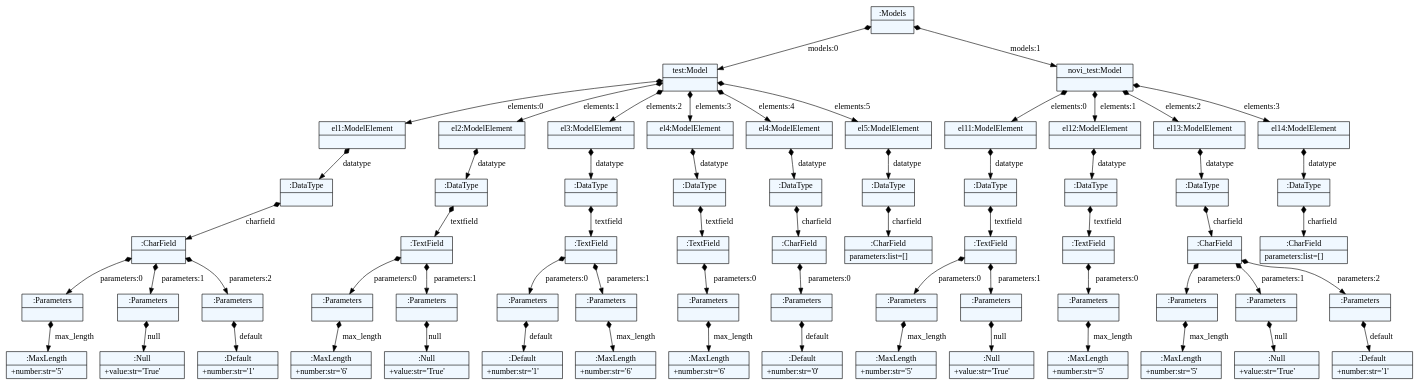
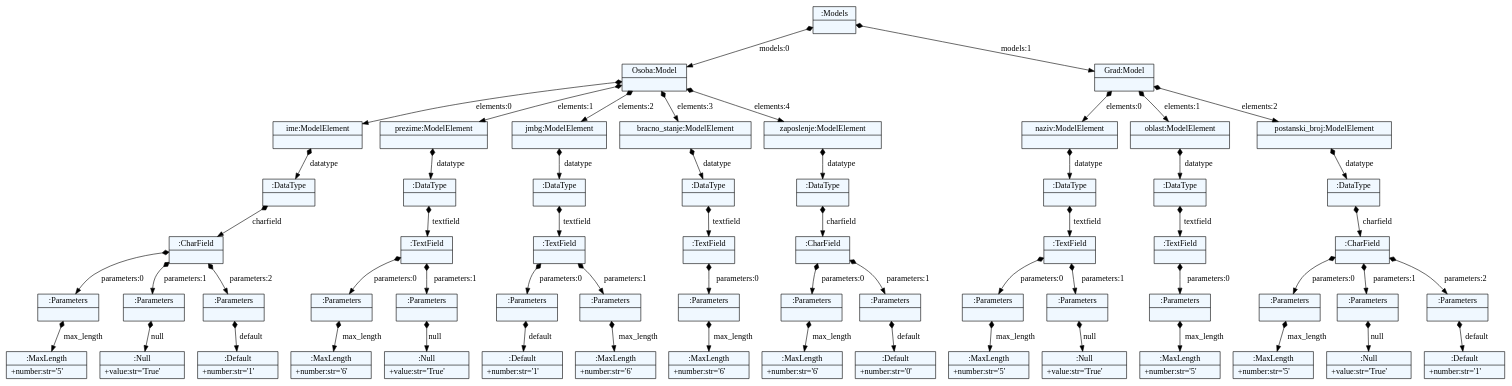
The diagram in test.dot (Booorkoo/JSD), drawn with Graphviz before and after one commit. The commit also changed 6 other files, not shown here.

```diff
--- a/test.dot
+++ b/test.dot
@@ -11,130 +11,122 @@
     edge[dir=black,arrowtail=empty]
 
 
-2220777261040 -> 2220777283480 [label="models:0" arrowtail=diamond dir=both]
-2220777283480 -> 2220777288648 [label="elements:0" arrowtail=diamond dir=both]
-2220777288648 -> 2220777288312 [label="datatype" arrowtail=diamond dir=both]
-2220777288312 -> 2220777288592 [label="charfield" arrowtail=diamond dir=both]
-2220777288592 -> 2220777288872 [label="parameters:0" arrowtail=diamond dir=both]
-2220777288872 -> 2220777288984 [label="max_length" arrowtail=diamond dir=both]
-2220777288984[label="{:MaxLength|+number:str='5'\l}"]
-2220777288872[label="{:Parameters|}"]
-2220777288592 -> 2220777163072 [label="parameters:1" arrowtail=diamond dir=both]
-2220777163072 -> 2220777289040 [label="null" arrowtail=diamond dir=both]
-2220777289040[label="{:Null|+value:str='True'\l}"]
-2220777163072[label="{:Parameters|}"]
-2220777288592 -> 2220777288928 [label="parameters:2" arrowtail=diamond dir=both]
-2220777288928 -> 2220777289152 [label="default" arrowtail=diamond dir=both]
-2220777289152[label="{:Default|+number:str='1'\l}"]
-2220777288928[label="{:Parameters|}"]
-2220777288592[label="{:CharField|}"]
-2220777288312[label="{:DataType|}"]
-2220777288648[label="{el1:ModelElement|}"]
-2220777283480 -> 2220777288200 [label="elements:1" arrowtail=diamond dir=both]
-2220777288200 -> 2220777288256 [label="datatype" arrowtail=diamond dir=both]
-2220777288256 -> 2220777288816 [label="textfield" arrowtail=diamond dir=both]
-2220777288816 -> 2220777289376 [label="parameters:0" arrowtail=diamond dir=both]
-2220777289376 -> 2220777289432 [label="max_length" arrowtail=diamond dir=both]
-2220777289432[label="{:MaxLength|+number:str='6'\l}"]
-2220777289376[label="{:Parameters|}"]
-2220777288816 -> 2220777289320 [label="parameters:1" arrowtail=diamond dir=both]
-2220777289320 -> 2220777289544 [label="null" arrowtail=diamond dir=both]
-2220777289544[label="{:Null|+value:str='True'\l}"]
-2220777289320[label="{:Parameters|}"]
-2220777288816[label="{:TextField|}"]
-2220777288256[label="{:DataType|}"]
-2220777288200[label="{el2:ModelElement|}"]
-2220777283480 -> 2220777288032 [label="elements:2" arrowtail=diamond dir=both]
-2220777288032 -> 2220777288760 [label="datatype" arrowtail=diamond dir=both]
-2220777288760 -> 2220777289208 [label="textfield" arrowtail=diamond dir=both]
-2220777289208 -> 2220777289768 [label="parameters:0" arrowtail=diamond dir=both]
-2220777289768 -> 2220777289824 [label="default" arrowtail=diamond dir=both]
-2220777289824[label="{:Default|+number:str='1'\l}"]
-2220777289768[label="{:Parameters|}"]
-2220777289208 -> 2220777289712 [label="parameters:1" arrowtail=diamond dir=both]
-2220777289712 -> 2220777289936 [label="max_length" arrowtail=diamond dir=both]
-2220777289936[label="{:MaxLength|+number:str='6'\l}"]
-2220777289712[label="{:Parameters|}"]
-2220777289208[label="{:TextField|}"]
-2220777288760[label="{:DataType|}"]
-2220777288032[label="{el3:ModelElement|}"]
-2220777283480 -> 2220777288088 [label="elements:3" arrowtail=diamond dir=both]
-2220777288088 -> 2220777289264 [label="datatype" arrowtail=diamond dir=both]
-2220777289264 -> 2220777289600 [label="textfield" arrowtail=diamond dir=both]
-2220777289600 -> 2220777290160 [label="parameters:0" arrowtail=diamond dir=both]
-2220777290160 -> 2220777290216 [label="max_length" arrowtail=diamond dir=both]
-2220777290216[label="{:MaxLength|+number:str='6'\l}"]
-2220777290160[label="{:Parameters|}"]
-2220777289600[label="{:TextField|}"]
-2220777289264[label="{:DataType|}"]
-2220777288088[label="{el4:ModelElement|}"]
-2220777283480 -> 2220777288480 [label="elements:4" arrowtail=diamond dir=both]
-2220777288480 -> 2220777289656 [label="datatype" arrowtail=diamond dir=both]
-2220777289656 -> 2220777289992 [label="charfield" arrowtail=diamond dir=both]
-2220777289992 -> 2220777290440 [label="parameters:0" arrowtail=diamond dir=both]
-2220777290440 -> 2220777290496 [label="default" arrowtail=diamond dir=both]
-2220777290496[label="{:Default|+number:str='0'\l}"]
-2220777290440[label="{:Parameters|}"]
-2220777289992[label="{:CharField|}"]
-2220777289656[label="{:DataType|}"]
-2220777288480[label="{el4:ModelElement|}"]
-2220777283480 -> 2220777289096 [label="elements:5" arrowtail=diamond dir=both]
-2220777289096 -> 2220777290048 [label="datatype" arrowtail=diamond dir=both]
-2220777290048 -> 2220777290328 [label="charfield" arrowtail=diamond dir=both]
-2220777290328[label="{:CharField|parameters:list=[]\l}"]
-2220777290048[label="{:DataType|}"]
-2220777289096[label="{el5:ModelElement|}"]
-2220777283480[label="{test:Model|}"]
-2220777261040 -> 2220777288704 [label="models:1" arrowtail=diamond dir=both]
-2220777288704 -> 2220777289488 [label="elements:0" arrowtail=diamond dir=both]
-2220777289488 -> 2220777290384 [label="datatype" arrowtail=diamond dir=both]
-2220777290384 -> 2220777290608 [label="textfield" arrowtail=diamond dir=both]
-2220777290608 -> 2220777290888 [label="parameters:0" arrowtail=diamond dir=both]
-2220777290888 -> 2220777291000 [label="max_length" arrowtail=diamond dir=both]
-2220777291000[label="{:MaxLength|+number:str='5'\l}"]
-2220777290888[label="{:Parameters|}"]
-2220777290608 -> 2220777290944 [label="parameters:1" arrowtail=diamond dir=both]
-2220777290944 -> 2220777291112 [label="null" arrowtail=diamond dir=both]
-2220777291112[label="{:Null|+value:str='True'\l}"]
-2220777290944[label="{:Parameters|}"]
-2220777290608[label="{:TextField|}"]
-2220777290384[label="{:DataType|}"]
-2220777289488[label="{el11:ModelElement|}"]
-2220777288704 -> 2220777290104 [label="elements:1" arrowtail=diamond dir=both]
-2220777290104 -> 2220777290720 [label="datatype" arrowtail=diamond dir=both]
-2220777290720 -> 2220777290832 [label="textfield" arrowtail=diamond dir=both]
-2220777290832 -> 2220777291336 [label="parameters:0" arrowtail=diamond dir=both]
-2220777291336 -> 2220777291392 [label="max_length" arrowtail=diamond dir=both]
-2220777291392[label="{:MaxLength|+number:str='5'\l}"]
-2220777291336[label="{:Parameters|}"]
-2220777290832[label="{:TextField|}"]
-2220777290720[label="{:DataType|}"]
-2220777290104[label="{el12:ModelElement|}"]
-2220777288704 -> 2220777290272 [label="elements:2" arrowtail=diamond dir=both]
-2220777290272 -> 2220777290776 [label="datatype" arrowtail=diamond dir=both]
-2220777290776 -> 2220777291168 [label="charfield" arrowtail=diamond dir=both]
-2220777291168 -> 2220777291616 [label="parameters:0" arrowtail=diamond dir=both]
-2220777291616 -> 2220777291672 [label="max_length" arrowtail=diamond dir=both]
-2220777291672[label="{:MaxLength|+number:str='5'\l}"]
-2220777291616[label="{:Parameters|}"]
-2220777291168 -> 2220777291560 [label="parameters:1" arrowtail=diamond dir=both]
-2220777291560 -> 2220777271368 [label="null" arrowtail=diamond dir=both]
-2220777271368[label="{:Null|+value:str='True'\l}"]
-2220777291560[label="{:Parameters|}"]
-2220777291168 -> 2220777291728 [label="parameters:2" arrowtail=diamond dir=both]
-2220777291728 -> 2220777271424 [label="default" arrowtail=diamond dir=both]
-2220777271424[label="{:Default|+number:str='1'\l}"]
-2220777291728[label="{:Parameters|}"]
-2220777291168[label="{:CharField|}"]
-2220777290776[label="{:DataType|}"]
-2220777290272[label="{el13:ModelElement|}"]
-2220777288704 -> 2220777290552 [label="elements:3" arrowtail=diamond dir=both]
-2220777290552 -> 2220777291224 [label="datatype" arrowtail=diamond dir=both]
-2220777291224 -> 2220777291504 [label="charfield" arrowtail=diamond dir=both]
-2220777291504[label="{:CharField|parameters:list=[]\l}"]
-2220777291224[label="{:DataType|}"]
-2220777290552[label="{el14:ModelElement|}"]
-2220777288704[label="{novi_test:Model|}"]
-2220777261040[label="{:Models|}"]
+2674646264296 -> 2674646290896 [label="models:0" arrowtail=diamond dir=both]
+2674646290896 -> 2674646291232 [label="elements:0" arrowtail=diamond dir=both]
+2674646291232 -> 2674646291624 [label="datatype" arrowtail=diamond dir=both]
+2674646291624 -> 2674646291512 [label="charfield" arrowtail=diamond dir=both]
+2674646291512 -> 2674646291848 [label="parameters:0" arrowtail=diamond dir=both]
+2674646291848 -> 2674646291960 [label="max_length" arrowtail=diamond dir=both]
+2674646291960[label="{:MaxLength|+number:str='5'\l}"]
+2674646291848[label="{:Parameters|}"]
+2674646291512 -> 2674646172672 [label="parameters:1" arrowtail=diamond dir=both]
+2674646172672 -> 2674646292016 [label="null" arrowtail=diamond dir=both]
+2674646292016[label="{:Null|+value:str='True'\l}"]
+2674646172672[label="{:Parameters|}"]
+2674646291512 -> 2674646291904 [label="parameters:2" arrowtail=diamond dir=both]
+2674646291904 -> 2674646292072 [label="default" arrowtail=diamond dir=both]
+2674646292072[label="{:Default|+number:str='1'\l}"]
+2674646291904[label="{:Parameters|}"]
+2674646291512[label="{:CharField|}"]
+2674646291624[label="{:DataType|}"]
+2674646291232[label="{ime:ModelElement|}"]
+2674646290896 -> 2674646179912 [label="elements:1" arrowtail=diamond dir=both]
+2674646179912 -> 2674646291288 [label="datatype" arrowtail=diamond dir=both]
+2674646291288 -> 2674646291680 [label="textfield" arrowtail=diamond dir=both]
+2674646291680 -> 2674646292184 [label="parameters:0" arrowtail=diamond dir=both]
+2674646292184 -> 2674646292296 [label="max_length" arrowtail=diamond dir=both]
+2674646292296[label="{:MaxLength|+number:str='6'\l}"]
+2674646292184[label="{:Parameters|}"]
+2674646291680 -> 2674646292352 [label="parameters:1" arrowtail=diamond dir=both]
+2674646292352 -> 2674646292464 [label="null" arrowtail=diamond dir=both]
+2674646292464[label="{:Null|+value:str='True'\l}"]
+2674646292352[label="{:Parameters|}"]
+2674646291680[label="{:TextField|}"]
+2674646291288[label="{:DataType|}"]
+2674646179912[label="{prezime:ModelElement|}"]
+2674646290896 -> 2674646291344 [label="elements:2" arrowtail=diamond dir=both]
+2674646291344 -> 2674646291792 [label="datatype" arrowtail=diamond dir=both]
+2674646291792 -> 2674646292240 [label="textfield" arrowtail=diamond dir=both]
+2674646292240 -> 2674646292688 [label="parameters:0" arrowtail=diamond dir=both]
+2674646292688 -> 2674646292744 [label="default" arrowtail=diamond dir=both]
+2674646292744[label="{:Default|+number:str='1'\l}"]
+2674646292688[label="{:Parameters|}"]
+2674646292240 -> 2674646292632 [label="parameters:1" arrowtail=diamond dir=both]
+2674646292632 -> 2674646292856 [label="max_length" arrowtail=diamond dir=both]
+2674646292856[label="{:MaxLength|+number:str='6'\l}"]
+2674646292632[label="{:Parameters|}"]
+2674646292240[label="{:TextField|}"]
+2674646291792[label="{:DataType|}"]
+2674646291344[label="{jmbg:ModelElement|}"]
+2674646290896 -> 2674646291456 [label="elements:3" arrowtail=diamond dir=both]
+2674646291456 -> 2674646292128 [label="datatype" arrowtail=diamond dir=both]
+2674646292128 -> 2674646292520 [label="textfield" arrowtail=diamond dir=both]
+2674646292520 -> 2674646293080 [label="parameters:0" arrowtail=diamond dir=both]
+2674646293080 -> 2674646293136 [label="max_length" arrowtail=diamond dir=both]
+2674646293136[label="{:MaxLength|+number:str='6'\l}"]
+2674646293080[label="{:Parameters|}"]
+2674646292520[label="{:TextField|}"]
+2674646292128[label="{:DataType|}"]
+2674646291456[label="{bracno_stanje:ModelElement|}"]
+2674646290896 -> 2674646291568 [label="elements:4" arrowtail=diamond dir=both]
+2674646291568 -> 2674646292576 [label="datatype" arrowtail=diamond dir=both]
+2674646292576 -> 2674646292912 [label="charfield" arrowtail=diamond dir=both]
+2674646292912 -> 2674646293360 [label="parameters:0" arrowtail=diamond dir=both]
+2674646293360 -> 2674646293416 [label="max_length" arrowtail=diamond dir=both]
+2674646293416[label="{:MaxLength|+number:str='6'\l}"]
+2674646293360[label="{:Parameters|}"]
+2674646292912 -> 2674646293304 [label="parameters:1" arrowtail=diamond dir=both]
+2674646293304 -> 2674646293528 [label="default" arrowtail=diamond dir=both]
+2674646293528[label="{:Default|+number:str='0'\l}"]
+2674646293304[label="{:Parameters|}"]
+2674646292912[label="{:CharField|}"]
+2674646292576[label="{:DataType|}"]
+2674646291568[label="{zaposlenje:ModelElement|}"]
+2674646290896[label="{Osoba:Model|}"]
+2674646264296 -> 2674646291176 [label="models:1" arrowtail=diamond dir=both]
+2674646291176 -> 2674646291736 [label="elements:0" arrowtail=diamond dir=both]
+2674646291736 -> 2674646293024 [label="datatype" arrowtail=diamond dir=both]
+2674646293024 -> 2674646293192 [label="textfield" arrowtail=diamond dir=both]
+2674646293192 -> 2674646293696 [label="parameters:0" arrowtail=diamond dir=both]
+2674646293696 -> 2674646293864 [label="max_length" arrowtail=diamond dir=both]
+2674646293864[label="{:MaxLength|+number:str='5'\l}"]
+2674646293696[label="{:Parameters|}"]
+2674646293192 -> 2674646293808 [label="parameters:1" arrowtail=diamond dir=both]
+2674646293808 -> 2674646293976 [label="null" arrowtail=diamond dir=both]
+2674646293976[label="{:Null|+value:str='True'\l}"]
+2674646293808[label="{:Parameters|}"]
+2674646293192[label="{:TextField|}"]
+2674646293024[label="{:DataType|}"]
+2674646291736[label="{naziv:ModelElement|}"]
+2674646291176 -> 2674646292800 [label="elements:1" arrowtail=diamond dir=both]
+2674646292800 -> 2674646293472 [label="datatype" arrowtail=diamond dir=both]
+2674646293472 -> 2674646293752 [label="textfield" arrowtail=diamond dir=both]
+2674646293752 -> 2674646294200 [label="parameters:0" arrowtail=diamond dir=both]
+2674646294200 -> 2674646294256 [label="max_length" arrowtail=diamond dir=both]
+2674646294256[label="{:MaxLength|+number:str='5'\l}"]
+2674646294200[label="{:Parameters|}"]
+2674646293752[label="{:TextField|}"]
+2674646293472[label="{:DataType|}"]
+2674646292800[label="{oblast:ModelElement|}"]
+2674646291176 -> 2674646292968 [label="elements:2" arrowtail=diamond dir=both]
+2674646292968 -> 2674646293584 [label="datatype" arrowtail=diamond dir=both]
+2674646293584 -> 2674646294032 [label="charfield" arrowtail=diamond dir=both]
+2674646294032 -> 2674646294480 [label="parameters:0" arrowtail=diamond dir=both]
+2674646294480 -> 2674646302792 [label="max_length" arrowtail=diamond dir=both]
+2674646302792[label="{:MaxLength|+number:str='5'\l}"]
+2674646294480[label="{:Parameters|}"]
+2674646294032 -> 2674646294424 [label="parameters:1" arrowtail=diamond dir=both]
+2674646294424 -> 2674646302904 [label="null" arrowtail=diamond dir=both]
+2674646302904[label="{:Null|+value:str='True'\l}"]
+2674646294424[label="{:Parameters|}"]
+2674646294032 -> 2674646302848 [label="parameters:2" arrowtail=diamond dir=both]
+2674646302848 -> 2674646302960 [label="default" arrowtail=diamond dir=both]
+2674646302960[label="{:Default|+number:str='1'\l}"]
+2674646302848[label="{:Parameters|}"]
+2674646294032[label="{:CharField|}"]
+2674646293584[label="{:DataType|}"]
+2674646292968[label="{postanski_broj:ModelElement|}"]
+2674646291176[label="{Grad:Model|}"]
+2674646264296[label="{:Models|}"]
 
 }
```
